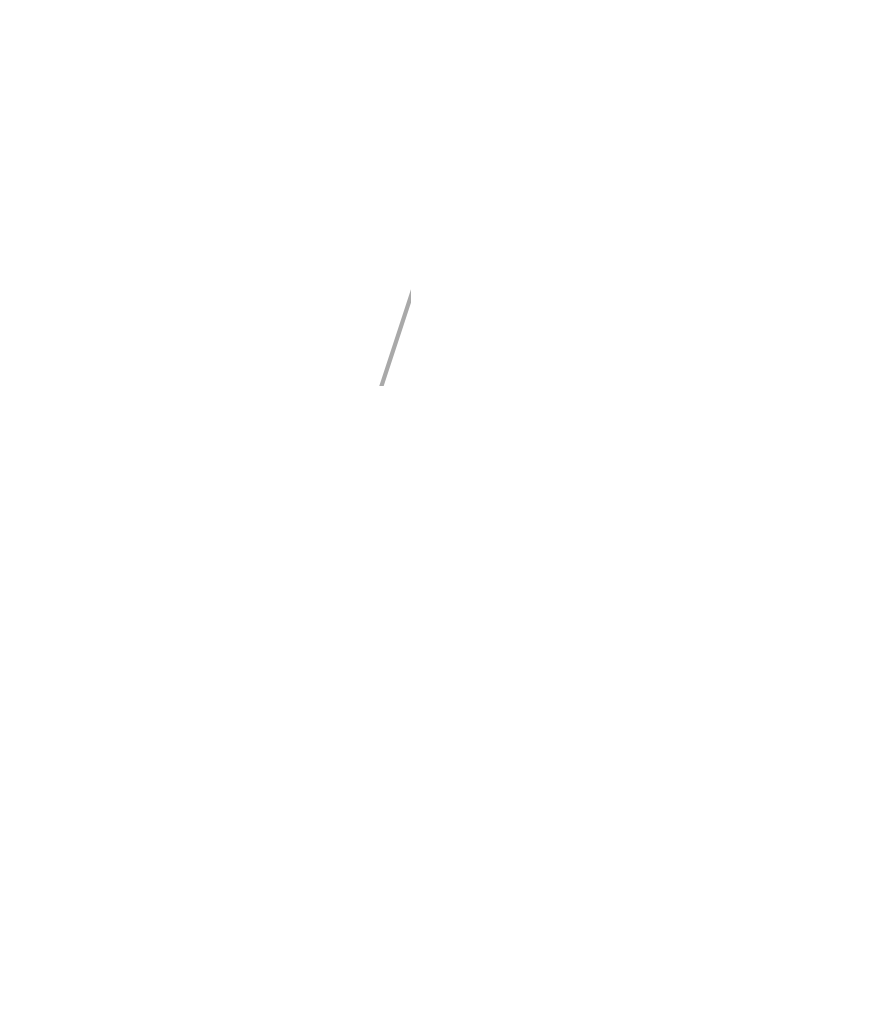
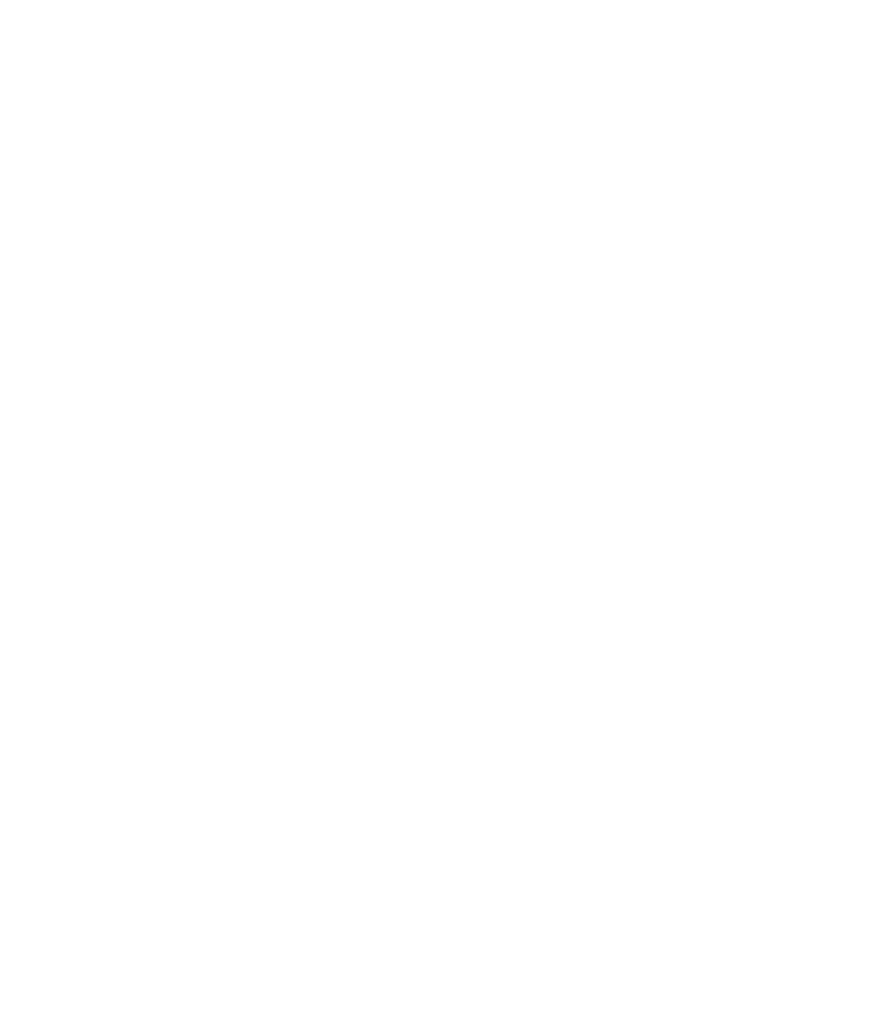
One commit to dodokek/Tree-Structure-Akinator changed the diagram in data/graph.dot. Above: the diagram before and after it, drawn with Graphviz. The commit also changed 5 other files, not shown here.

```diff
--- a/data/graph.dot
+++ b/data/graph.dot
@@ -1,31 +1,31 @@
 
     digraph g {
         dpi      = 200;
         fontname = "Comic Sans MS";
         fontsize = 20;
         rankdir   =  TB;
         edge [color = darkgrey, arrowhead = onormal, arrowsize = 1, penwidth = 1.2]
         graph[fillcolor = lightgreen, ranksep = 1.3, nodesep = 0.5,
         style = "rounded, filled",color = green, penwidth = 2]
 
-    Node5[shape=rectangle, color="red", width=0.2, style="filled",fillcolor="lightblue", label="5"] 
+    Node0000000000e524b0[shape=rectangle, color="red", width=0.2, style="filled",fillcolor="lightblue", label="5"] 
  
-Nodefucking[shape=rectangle, color="red", width=0.2, style="filled",fillcolor="lightblue", label="fucking"] 
+Node0000000000e57460[shape=rectangle, color="red", width=0.2, style="filled",fillcolor="lightblue", label="sucks"] 
  
-Nodecum[shape=rectangle, color="red", width=0.2, style="filled",fillcolor="lightblue", label="cum"] 
+Node0000000000e52690[shape=rectangle, color="red", width=0.2, style="filled",fillcolor="lightblue", label="bebra"] 
  
-Node2[shape=rectangle, color="red", width=0.2, style="filled",fillcolor="lightblue", label="2"] 
+Node0000000000e52510[shape=rectangle, color="red", width=0.2, style="filled",fillcolor="lightblue", label="2"] 
  
-Node8[shape=rectangle, color="red", width=0.2, style="filled",fillcolor="lightblue", label="8"] 
+Node0000000000e52570[shape=rectangle, color="red", width=0.2, style="filled",fillcolor="lightblue", label="8"] 
  
-Node6[shape=rectangle, color="red", width=0.2, style="filled",fillcolor="lightblue", label="6"] 
+Node0000000000e52630[shape=rectangle, color="red", width=0.2, style="filled",fillcolor="lightblue", label="6"] 
  
-Node10[shape=rectangle, color="red", width=0.2, style="filled",fillcolor="lightblue", label="10"] 
+Node0000000000e525d0[shape=rectangle, color="red", width=0.2, style="filled",fillcolor="lightblue", label="10"] 
  
-Node5->Nodefucking
-Nodefucking->Nodecum
-Nodefucking->Node2
-Node5->Node8
-Node8->Node6
-Node8->Node10
+Node0000000000e524b0->Node0000000000e57460
+Node0000000000e57460->Node0000000000e52690
+Node0000000000e57460->Node0000000000e52510
+Node0000000000e524b0->Node0000000000e52570
+Node0000000000e52570->Node0000000000e52630
+Node0000000000e52570->Node0000000000e525d0
 }
```
